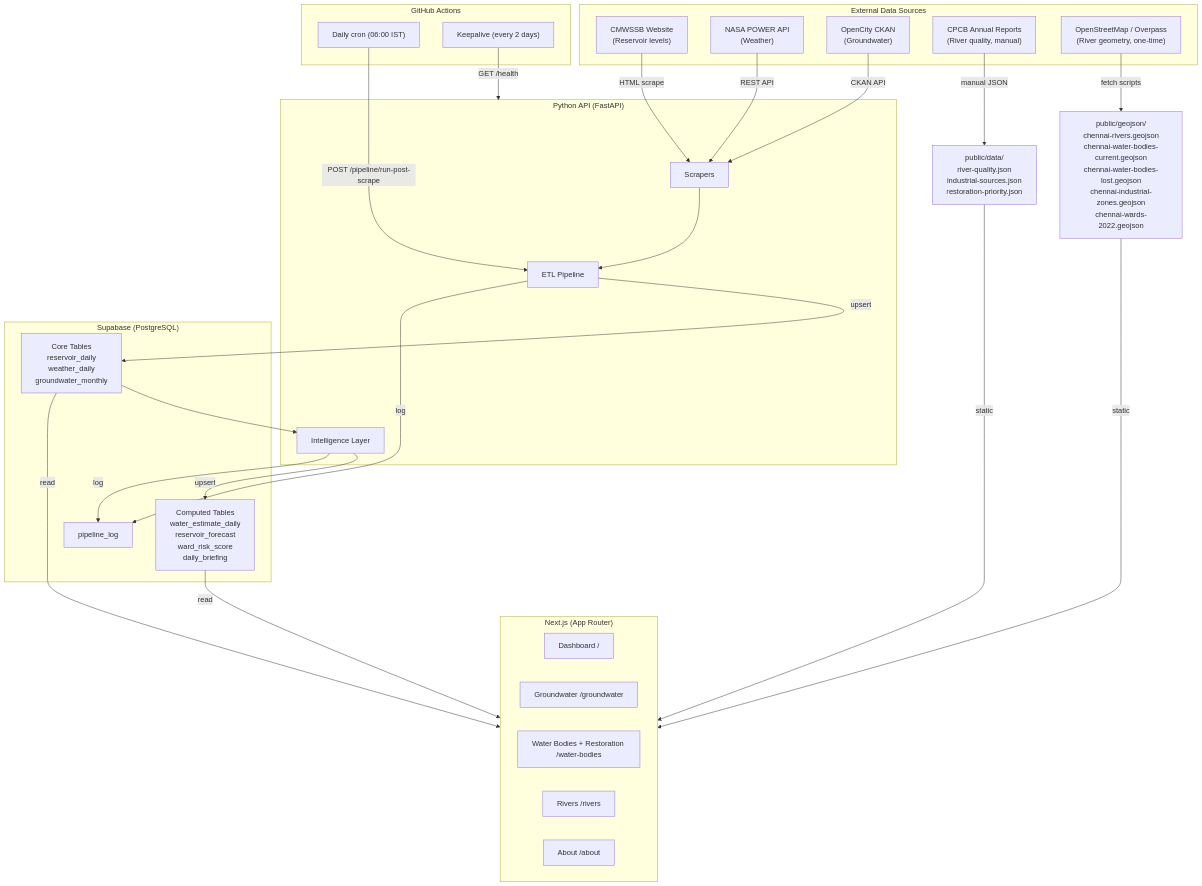
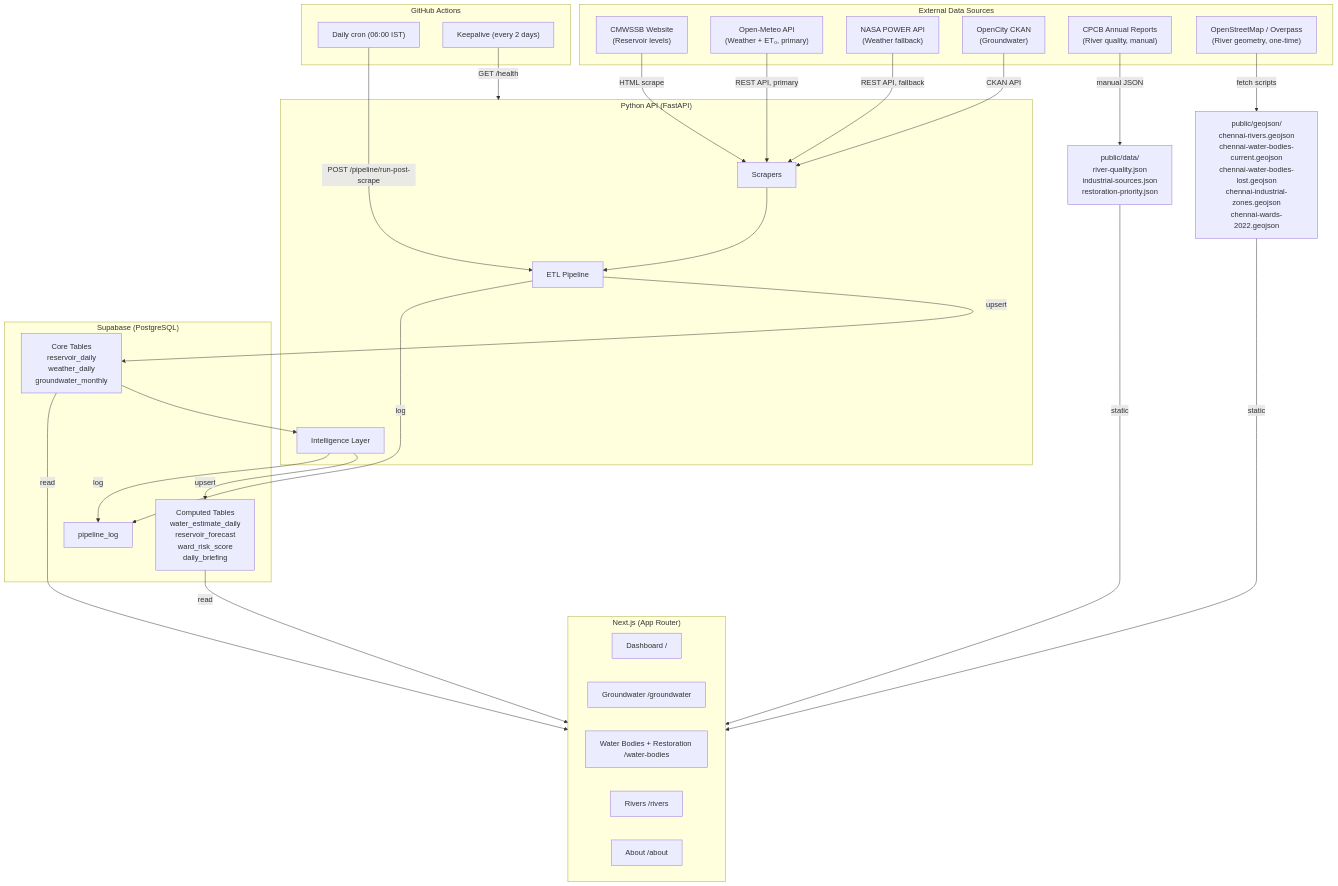
Before and after one commit to SundareshPrasanna/neer-vazhvu: the first of 5 diagrams in ARCHITECTURE.md, drawn with Mermaid. The commit also changed other lines of this file and 10 other files, not shown here.

First line of the commit message:
feat: add Open-Meteo as primary weather source with ET₀ for ARIMAX forecasting

````diff
--- a/ARCHITECTURE.md
+++ b/ARCHITECTURE.md
@@ -7,57 +7,59 @@
 ```mermaid
 graph TB
     subgraph External Data Sources
         CMWSSB["CMWSSB Website<br/>(Reservoir levels)"]
-        NASA["NASA POWER API<br/>(Weather)"]
+        OM["Open-Meteo API<br/>(Weather + ET₀, primary)"]
+        NASA["NASA POWER API<br/>(Weather fallback)"]
         OC["OpenCity CKAN<br/>(Groundwater)"]
         CPCB["CPCB Annual Reports<br/>(River quality, manual)"]
         OSM["OpenStreetMap / Overpass<br/>(River geometry, one-time)"]
     end
 
     subgraph Backend ["Python API (FastAPI)"]
         Scrapers["Scrapers"]
         ETL["ETL Pipeline"]
         Intel["Intelligence Layer"]
     end
 
     subgraph Database ["Supabase (PostgreSQL)"]
         Core["Core Tables<br/>reservoir_daily<br/>weather_daily<br/>groundwater_monthly"]
         Computed["Computed Tables<br/>water_estimate_daily<br/>reservoir_forecast<br/>ward_risk_score<br/>daily_briefing"]
         Log["pipeline_log"]
     end
 
     subgraph Frontend ["Next.js (App Router)"]
         Dashboard["Dashboard /"]
         GW["Groundwater /groundwater"]
         WB["Water Bodies + Restoration /water-bodies"]
         Rivers["Rivers /rivers"]
         About["About /about"]
     end
 
     subgraph CI ["GitHub Actions"]
         Cron["Daily cron (06:00 IST)"]
         KA["Keepalive (every 2 days)"]
     end
 
     CMWSSB -->|HTML scrape| Scrapers
-    NASA -->|REST API| Scrapers
+    OM -->|REST API, primary| Scrapers
+    NASA -->|REST API, fallback| Scrapers
     OC -->|CKAN API| Scrapers
     CPCB -->|manual JSON| StaticFiles["public/data/<br/>river-quality.json<br/>industrial-sources.json<br/>restoration-priority.json"]
     OSM -->|fetch scripts| StaticFiles2["public/geojson/<br/>chennai-rivers.geojson<br/>chennai-water-bodies-current.geojson<br/>chennai-water-bodies-lost.geojson<br/>chennai-industrial-zones.geojson<br/>chennai-wards-2022.geojson"]
 
     Scrapers --> ETL
     ETL -->|upsert| Core
     Core --> Intel
     Intel -->|upsert| Computed
 
     ETL -->|log| Log
     Intel -->|log| Log
 
     Core -->|read| Frontend
     Computed -->|read| Frontend
     StaticFiles -->|static| Frontend
     StaticFiles2 -->|static| Frontend
 
     Cron -->|POST /pipeline/run-post-scrape| ETL
     KA -->|GET /health| Backend
 ```
````
